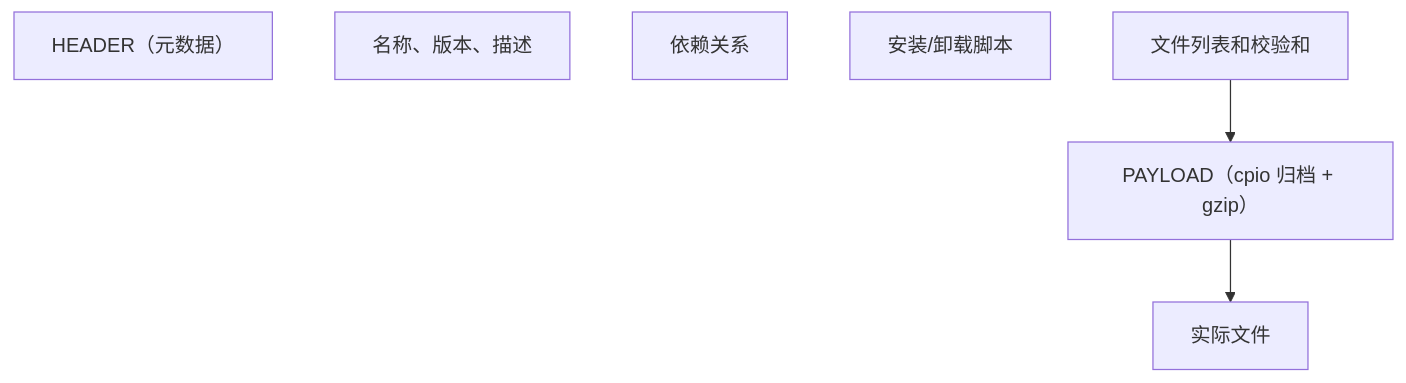
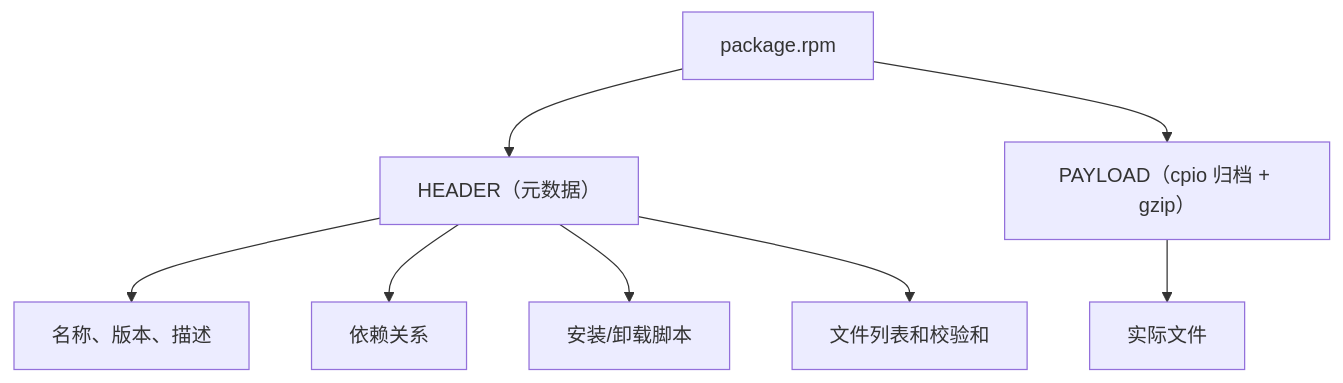
The first of 3 diagrams in cnt-content/full/024-devops/030-PackageManagementRepository.md (fanquanpp/FANDEX), drawn with Mermaid before and after one commit. The commit also changed other lines of this file and 1501 other files, not shown here.

````diff
--- a/cnt-content/full/024-devops/030-PackageManagementRepository.md
+++ b/cnt-content/full/024-devops/030-PackageManagementRepository.md
@@ -62,12 +73,18 @@
 ```mermaid
 flowchart TD
-    T0["HEADER（元数据）"]
-    T1["名称、版本、描述"]
-    T2["依赖关系"]
-    T3["安装/卸载脚本"]
-    T4["文件列表和校验和"]
-    T5["PAYLOAD（cpio 归档 + gzip）"]
-    T6["实际文件"]
-    T4 --> T5
-    T5 --> T6
+    T0["package.rpm"]
+    T1["HEADER（元数据）"]
+    T2["名称、版本、描述"]
+    T3["依赖关系"]
+    T4["安装/卸载脚本"]
+    T5["文件列表和校验和"]
+    T6["PAYLOAD（cpio 归档 + gzip）"]
+    T7["实际文件"]
+    T0 --> T1
+    T0 --> T6
+    T1 --> T2
+    T1 --> T3
+    T1 --> T4
+    T1 --> T5
+    T6 --> T7
 ```
````
